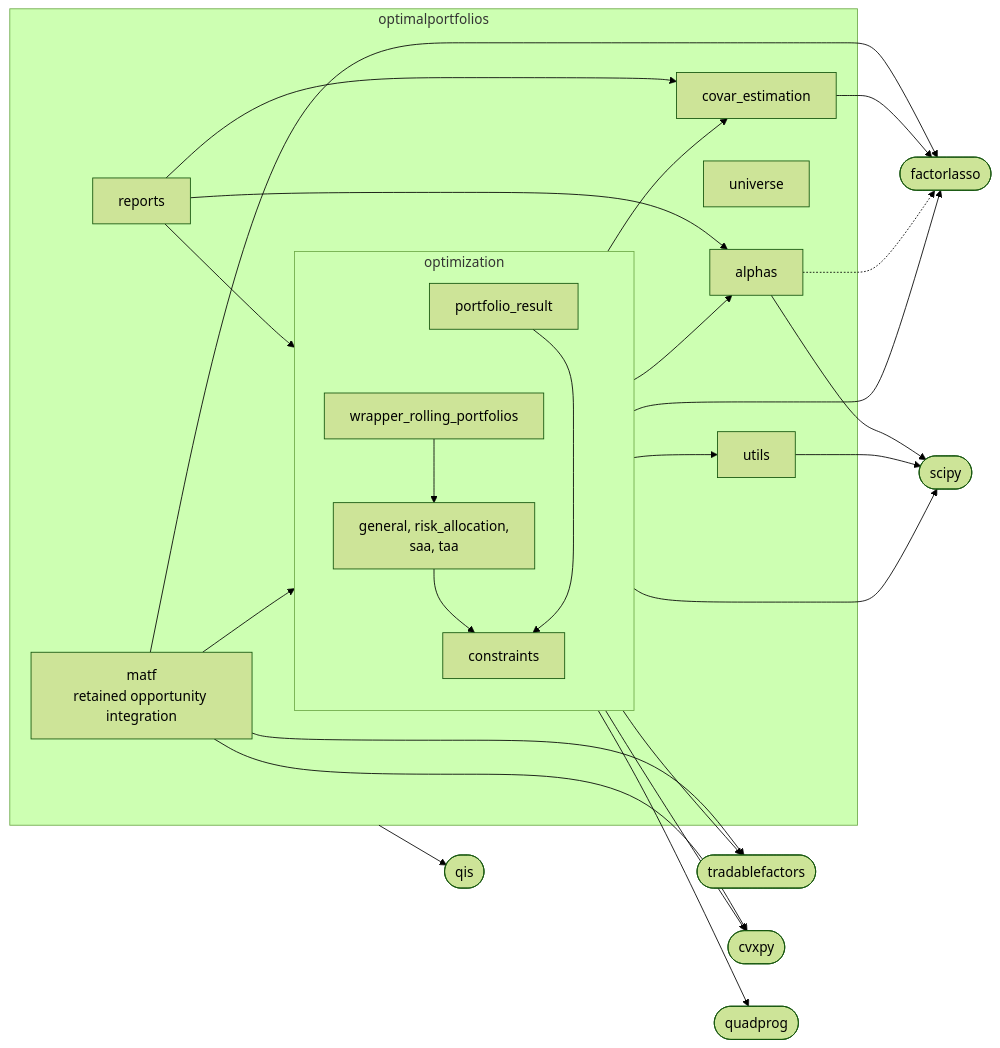
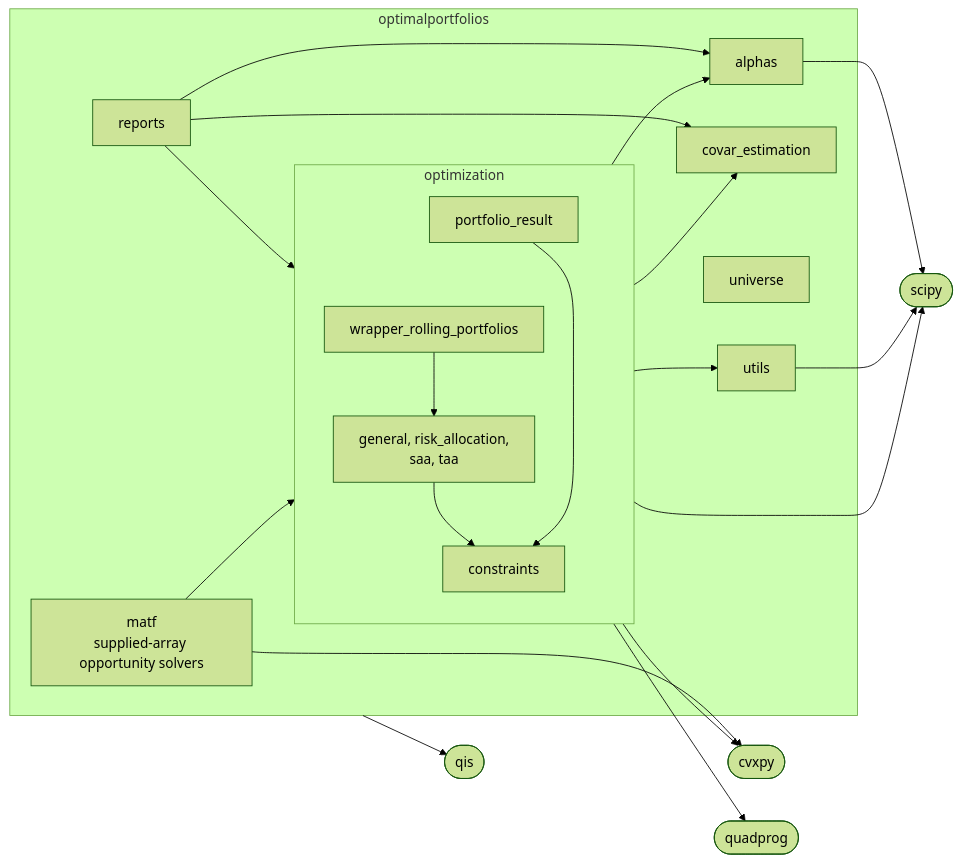
The second of 2 diagrams in docs/software_design.md (ArturSepp/OptimalPortfolios), drawn with Mermaid (forest theme) before and after one commit. The commit also changed other lines of this file and 23 other files, not shown here.

````diff
--- a/docs/software_design.md
+++ b/docs/software_design.md
@@ -92,33 +94,29 @@
 ```mermaid
 flowchart LR
     subgraph pkg ["optimalportfolios"]
         reports["reports"]
         subgraph optimization ["optimization"]
             direction TB
             result["portfolio_result"] ~~~ dispatcher["wrapper_rolling_portfolios"]
             dispatcher --> solvers["general, risk_allocation,<br/>saa, taa"] --> constraints["constraints"]
             result --> constraints
         end
         alphas["alphas"]
         covar["covar_estimation"]
-        matf["matf<br/>retained opportunity integration"]
+        matf["matf<br/>supplied-array opportunity solvers"]
         universe["universe"]
         utils["utils"]
     end
     qis(["qis"])
-    factorlasso(["factorlasso"])
-    tf(["tradablefactors"])
     cvxpy(["cvxpy"])
     scipy(["scipy"])
     quadprog(["quadprog"])
     reports --> optimization
     reports --> alphas & covar
-    matf --> tf & cvxpy & factorlasso & optimization
+    matf --> cvxpy & optimization
     optimization --> alphas & covar & utils
-    optimization --> tf & factorlasso & cvxpy & scipy & quadprog
-    covar --> factorlasso
-    alphas -.-> factorlasso
+    optimization --> cvxpy & scipy & quadprog
     alphas --> scipy
     utils --> scipy
     pkg --> qis
 ```
````
